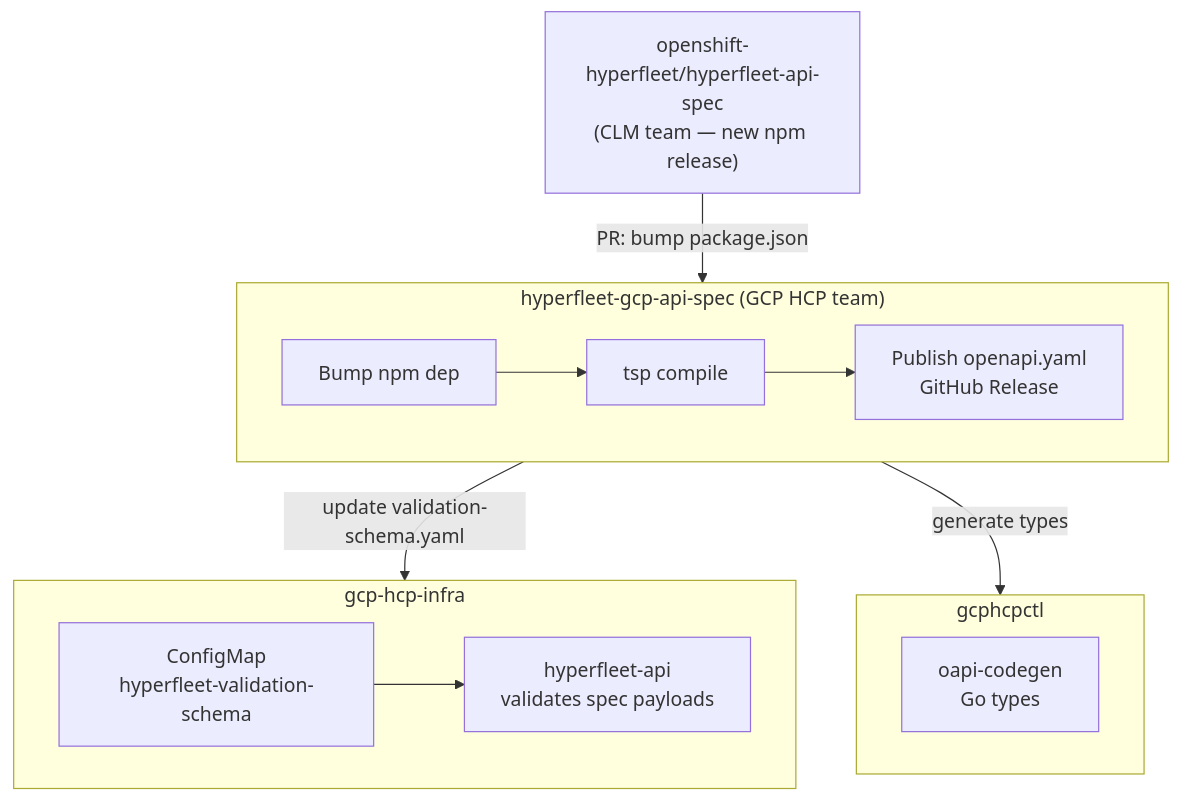
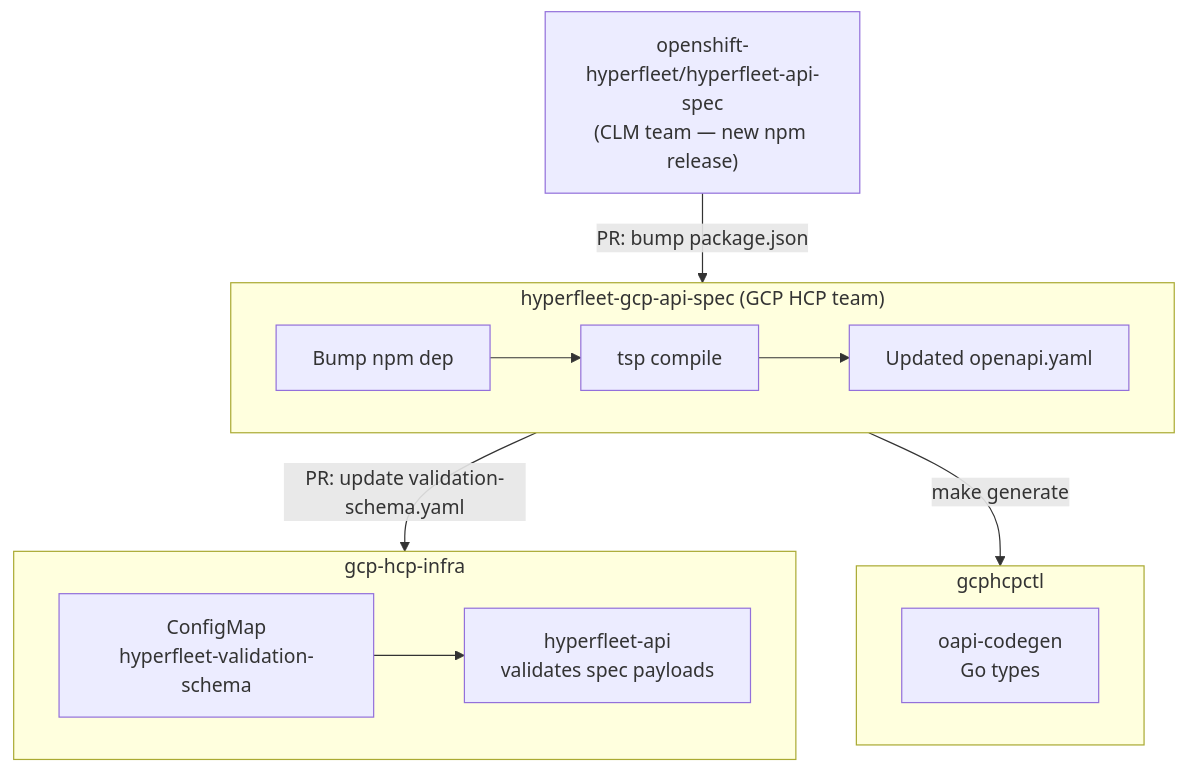
Before and after one commit to billmvt/gcp-hcp: the diagram in studies/GCP-836-findings.md, drawn with Mermaid. The commit also changed other lines of this file, not shown here.

````diff
--- a/studies/GCP-836-findings.md
+++ b/studies/GCP-836-findings.md
@@ -29,22 +29,22 @@
 ```mermaid
 flowchart TD
     A["openshift-hyperfleet/hyperfleet-api-spec\n(CLM team — new npm release)"]
 
     subgraph B["hyperfleet-gcp-api-spec  (GCP HCP team)"]
         direction LR
-        B1["Bump npm dep"] --> B2["tsp compile"] --> B3["Publish openapi.yaml\nGitHub Release"]
+        B1["Bump npm dep"] --> B2["tsp compile"] --> B3["Updated openapi.yaml"]
     end
 
     subgraph C["gcp-hcp-infra"]
         direction LR
         C1["ConfigMap\nhyperfleet-validation-schema"] --> C2["hyperfleet-api\nvalidates spec payloads"]
     end
 
     subgraph D["gcphcpctl"]
         D1["oapi-codegen\nGo types"]
     end
 
     A -->|"PR: bump package.json"| B
-    B3 -->|"update validation-schema.yaml"| C
-    B3 -->|"generate types"| D
+    B3 -->|"PR: update validation-schema.yaml"| C
+    B3 -->|"make generate"| D
 ```
````
